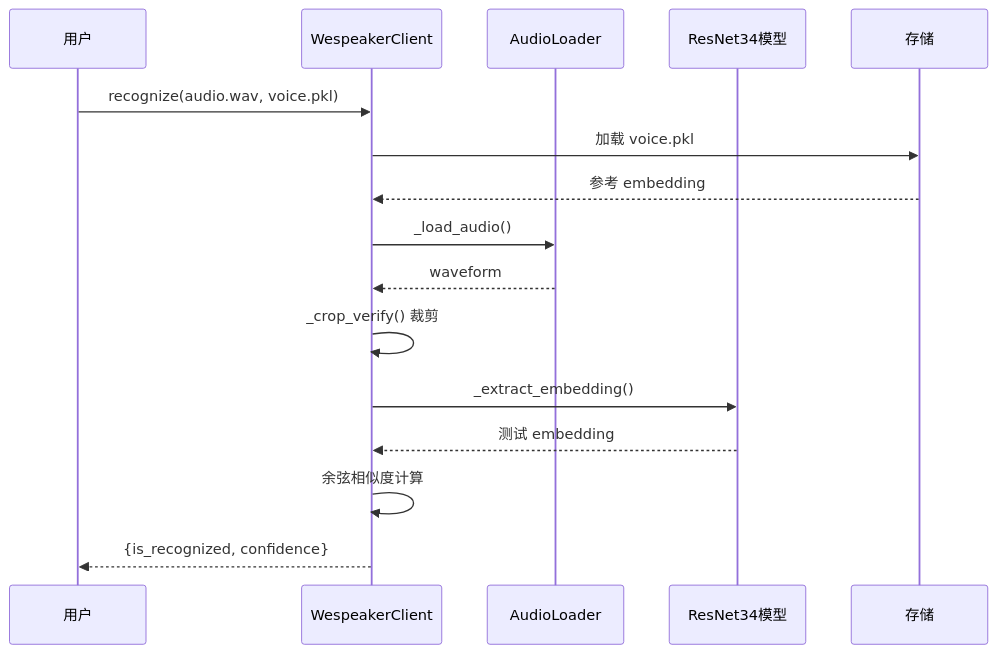
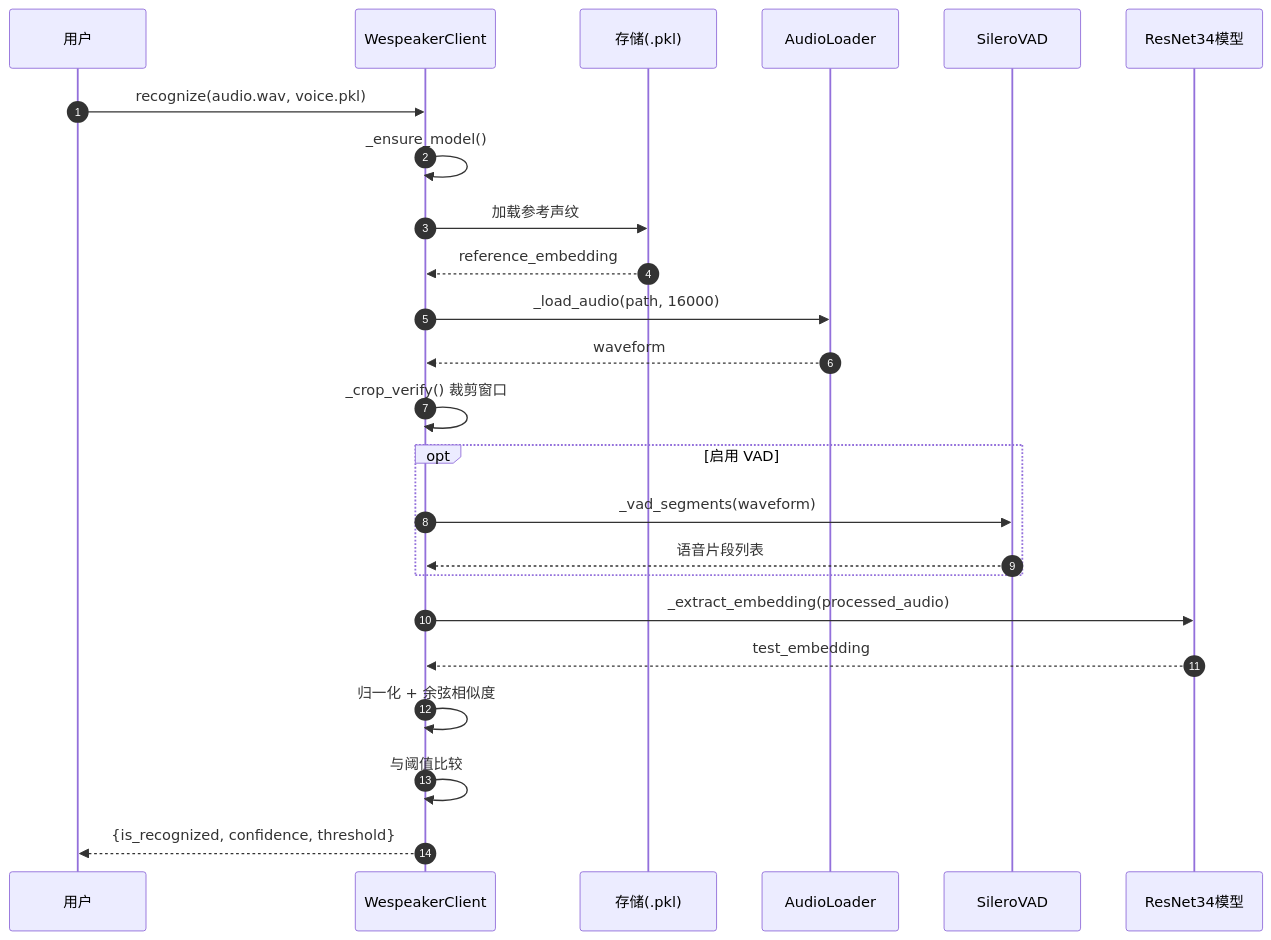
The second of 2 diagrams in docs/diagrams/sequence.md (deepedge-ai-tech/voice-id), drawn with Mermaid before and after one commit. The commit also changed other lines of this file and 5 other files, not shown here.

Commit message:
update diagram

````diff
--- a/docs/diagrams/sequence.md
+++ b/docs/diagrams/sequence.md
@@ -30,19 +47,34 @@
 ```mermaid
 sequenceDiagram
+    autonumber
     participant U as 用户
     participant C as WespeakerClient
-    participant A as AudioLoader
+    participant S as 存储(.pkl)
+    participant L as AudioLoader
+    participant V as SileroVAD
     participant M as ResNet34模型
-    participant S as 存储
 
     U->>C: recognize(audio.wav, voice.pkl)
-    C->>S: 加载 voice.pkl
-    S-->>C: 参考 embedding
-    C->>A: _load_audio()
-    A-->>C: waveform
-    C->>C: _crop_verify() 裁剪
-    C->>M: _extract_embedding()
-    M-->>C: 测试 embedding
-    C->>C: 余弦相似度计算
-    C-->>U: {is_recognized, confidence}
+    C->>C: _ensure_model()
+
+    C->>S: 加载参考声纹
+    S-->>C: reference_embedding
+
+    C->>L: _load_audio(path, 16000)
+    L-->>C: waveform
+
+    C->>C: _crop_verify() 裁剪窗口
+
+    opt 启用 VAD
+        C->>V: _vad_segments(waveform)
+        V-->>C: 语音片段列表
+    end
+
+    C->>M: _extract_embedding(processed_audio)
+    M-->>C: test_embedding
+
+    C->>C: 归一化 + 余弦相似度
+    C->>C: 与阈值比较
+
+    C-->>U: {is_recognized, confidence, threshold}
 ```
````
